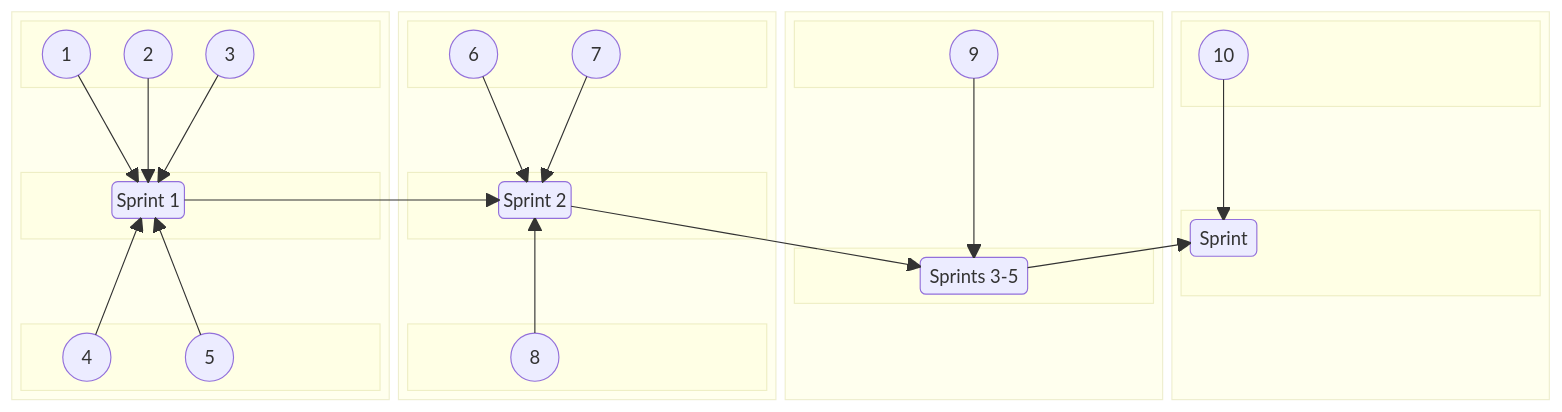
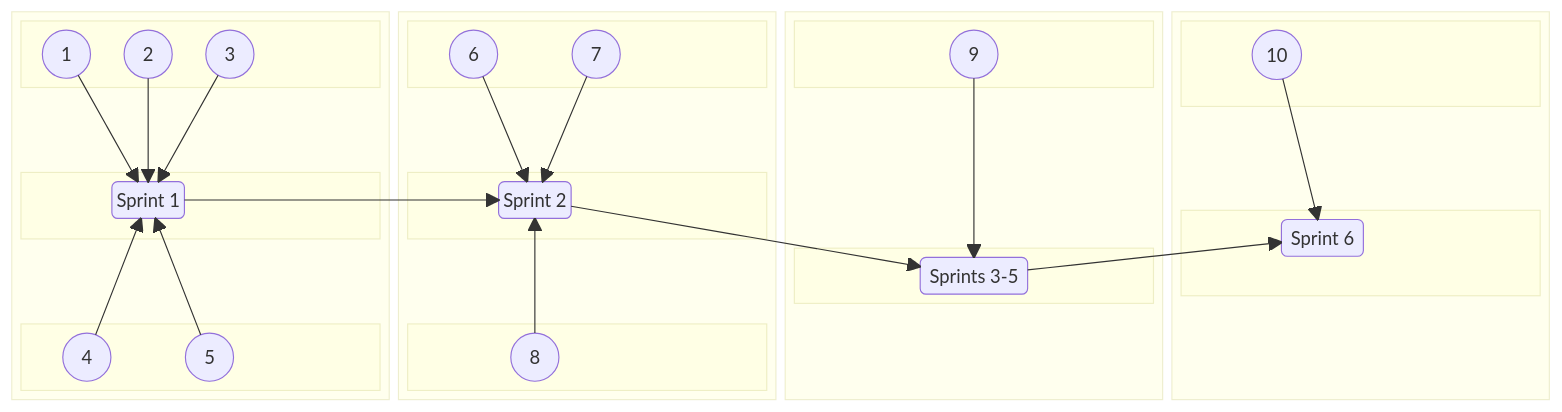
Before and after one commit to jdmedlock/mermaid_testing: the second of 2 diagrams in README.md, drawn with Mermaid.

Commit message:
Feature: Add annotations to test layout

```diff
--- a/README.md
+++ b/README.md
@@ -163,7 +163,8 @@
       space
       block:B4CENTER
         columns 3
-        SPRINT6("&nbsp;Sprint&nbsp;")
+        space
+        SPRINT6("&nbsp;Sprint 6&nbsp;")
       end
       space
       A10 ----> SPRINT6
```
